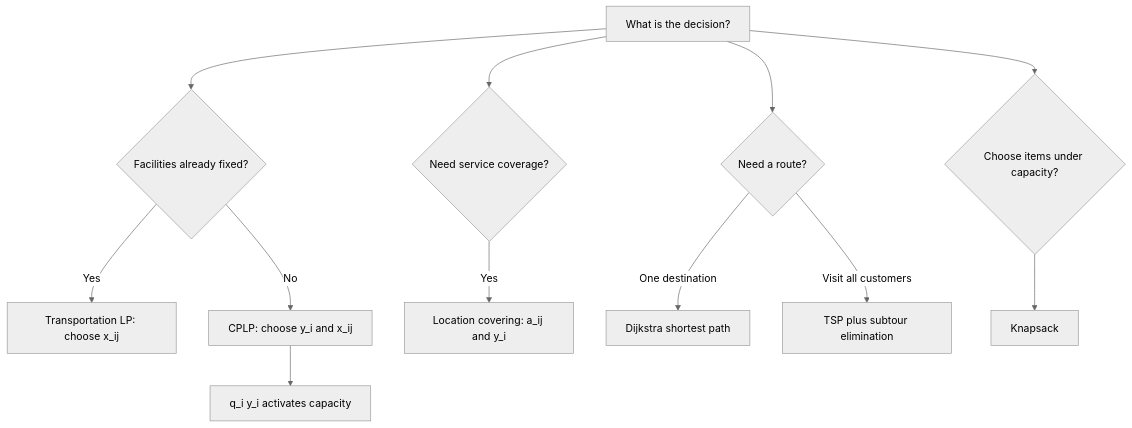
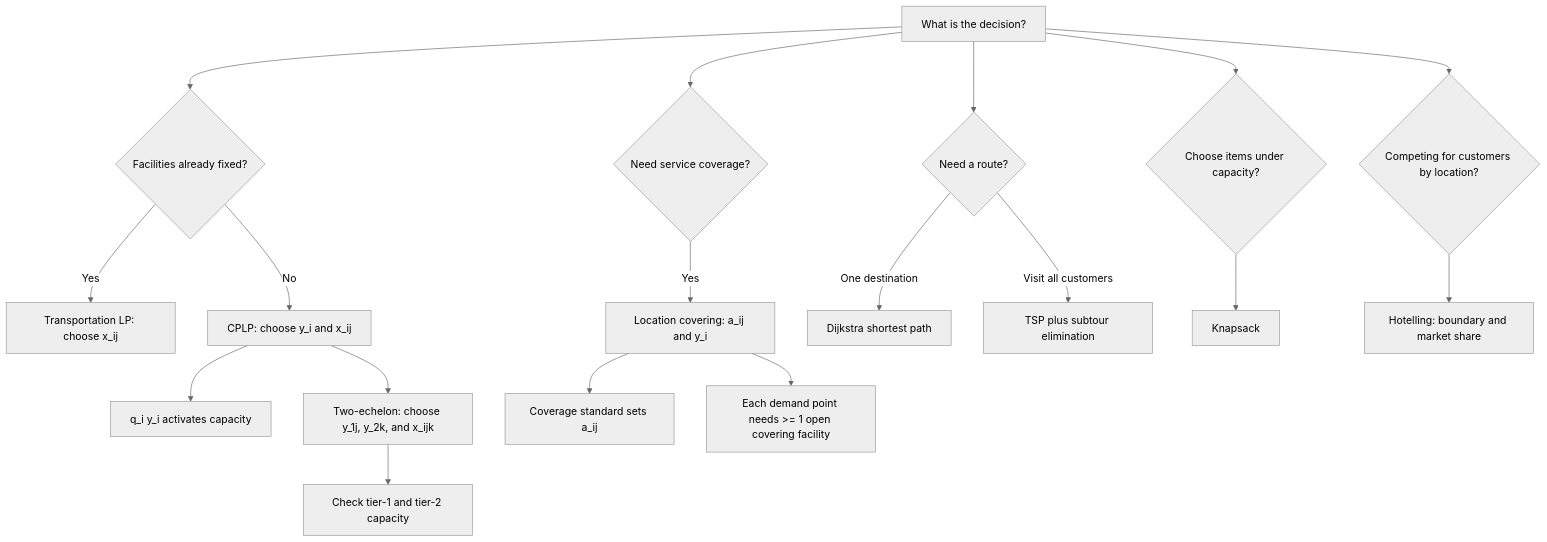
One commit to aerkn1/TUM-semester-2 changed the diagram in supply-chain-management/wiki/topic-09-facility-location-transportation-shipping/CONTEXT.md. Above: the diagram before and after it, drawn with Mermaid (neutral theme). The commit also changed other lines of this file and 28 other files, not shown here.

````diff
--- a/supply-chain-management/wiki/topic-09-facility-location-transportation-shipping/CONTEXT.md
+++ b/supply-chain-management/wiki/topic-09-facility-location-transportation-shipping/CONTEXT.md
@@ -96,14 +159,20 @@
 ```mermaid
 flowchart TD
     Ask[What is the decision?] --> Fixed{Facilities already fixed?}
     Fixed -->|Yes| LP[Transportation LP: choose x_ij]
     Fixed -->|No| Open[CPLP: choose y_i and x_ij]
     Open --> Activate[q_i y_i activates capacity]
+    Open --> TwoEchelon[Two-echelon: choose y_1j, y_2k, and x_ijk]
+    TwoEchelon --> TwoCap[Check tier-1 and tier-2 capacity]
     Ask --> Cover{Need service coverage?}
     Cover -->|Yes| CoverModel[Location covering: a_ij and y_i]
+    CoverModel --> Standard[Coverage standard sets a_ij]
+    CoverModel --> Covered[Each demand point needs >= 1 open covering facility]
     Ask --> Route{Need a route?}
     Route -->|One destination| Shortest[Dijkstra shortest path]
     Route -->|Visit all customers| TSP[TSP plus subtour elimination]
     Ask --> Select{Choose items under capacity?}
     Select --> Knapsack[Knapsack]
+    Ask --> Compete{Competing for customers by location?}
+    Compete --> Hotelling[Hotelling: boundary and market share]
 ```
````
